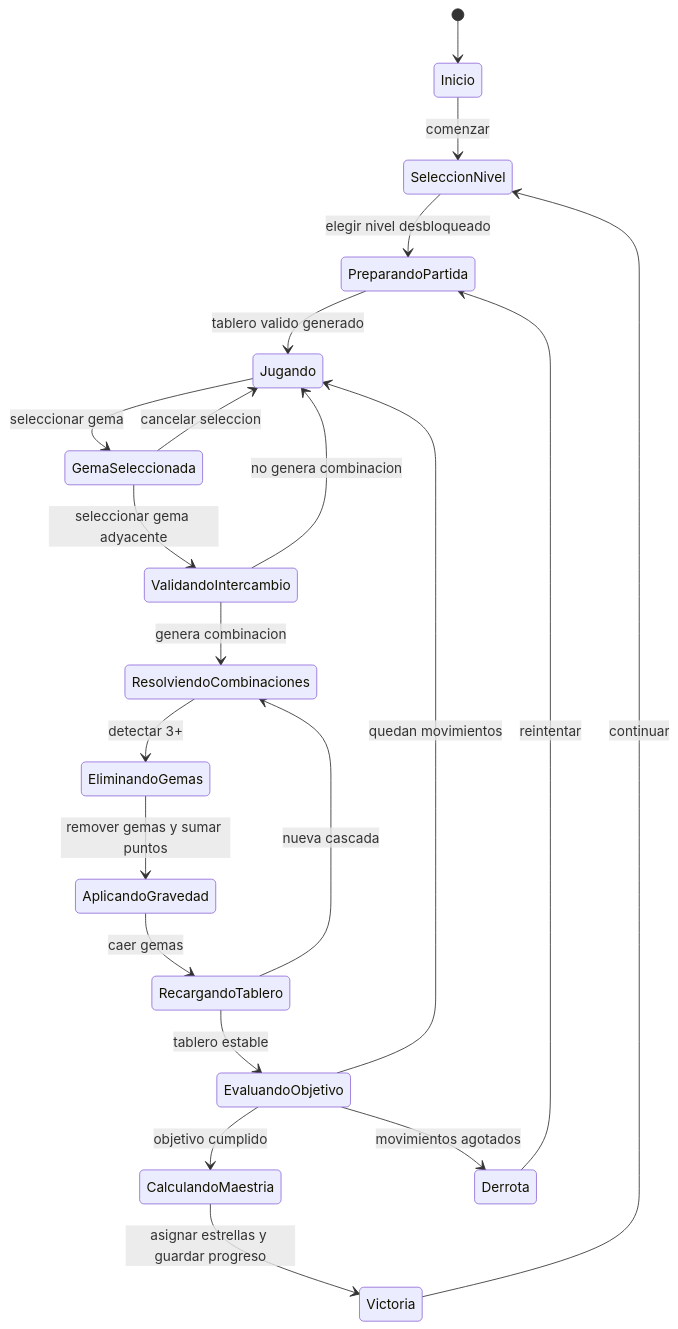
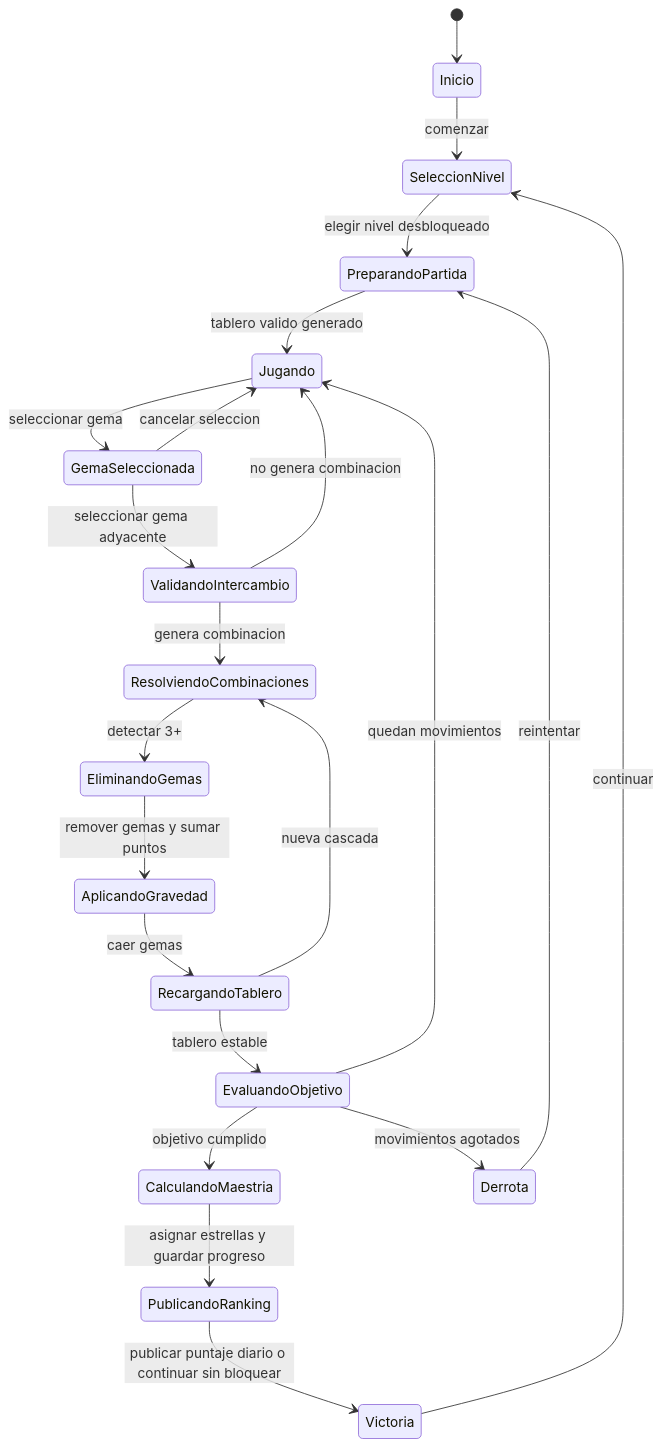
The fifth of 6 diagrams in docs/modelado.md (sebasbv11/juego-match-3), drawn with Mermaid before and after one commit. The commit also changed other lines of this file and 14 other files, not shown here.

Commit message:
Agregar ranking diario con Supabase

````diff
--- a/docs/modelado.md
+++ b/docs/modelado.md
@@ -575,27 +599,28 @@
 ```mermaid
 stateDiagram-v2
   [*] --> Inicio
   Inicio --> SeleccionNivel: comenzar
   SeleccionNivel --> PreparandoPartida: elegir nivel desbloqueado
   PreparandoPartida --> Jugando: tablero valido generado
 
   Jugando --> GemaSeleccionada: seleccionar gema
   GemaSeleccionada --> Jugando: cancelar seleccion
   GemaSeleccionada --> ValidandoIntercambio: seleccionar gema adyacente
   ValidandoIntercambio --> Jugando: no genera combinacion
   ValidandoIntercambio --> ResolviendoCombinaciones: genera combinacion
 
   ResolviendoCombinaciones --> EliminandoGemas: detectar 3+
   EliminandoGemas --> AplicandoGravedad: remover gemas y sumar puntos
   AplicandoGravedad --> RecargandoTablero: caer gemas
   RecargandoTablero --> ResolviendoCombinaciones: nueva cascada
   RecargandoTablero --> EvaluandoObjetivo: tablero estable
 
   EvaluandoObjetivo --> CalculandoMaestria: objetivo cumplido
   EvaluandoObjetivo --> Derrota: movimientos agotados
   EvaluandoObjetivo --> Jugando: quedan movimientos
 
-  CalculandoMaestria --> Victoria: asignar estrellas y guardar progreso
+  CalculandoMaestria --> PublicandoRanking: asignar estrellas y guardar progreso
+  PublicandoRanking --> Victoria: publicar puntaje diario o continuar sin bloquear
   Victoria --> SeleccionNivel: continuar
   Derrota --> PreparandoPartida: reintentar
 ```
````
